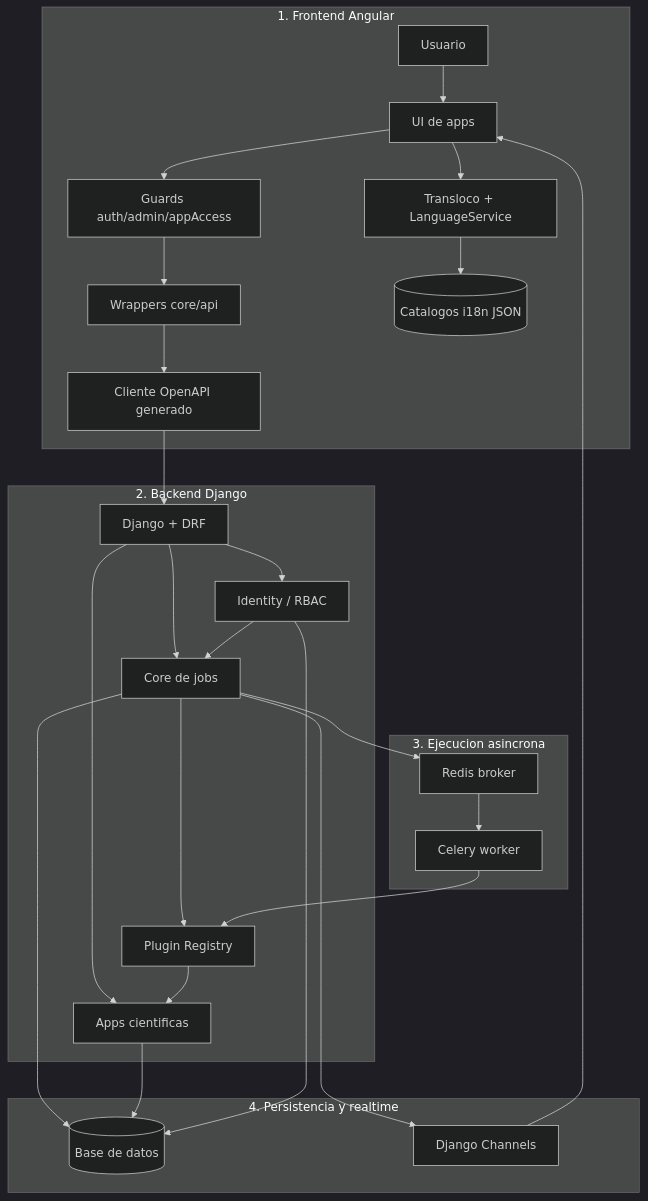
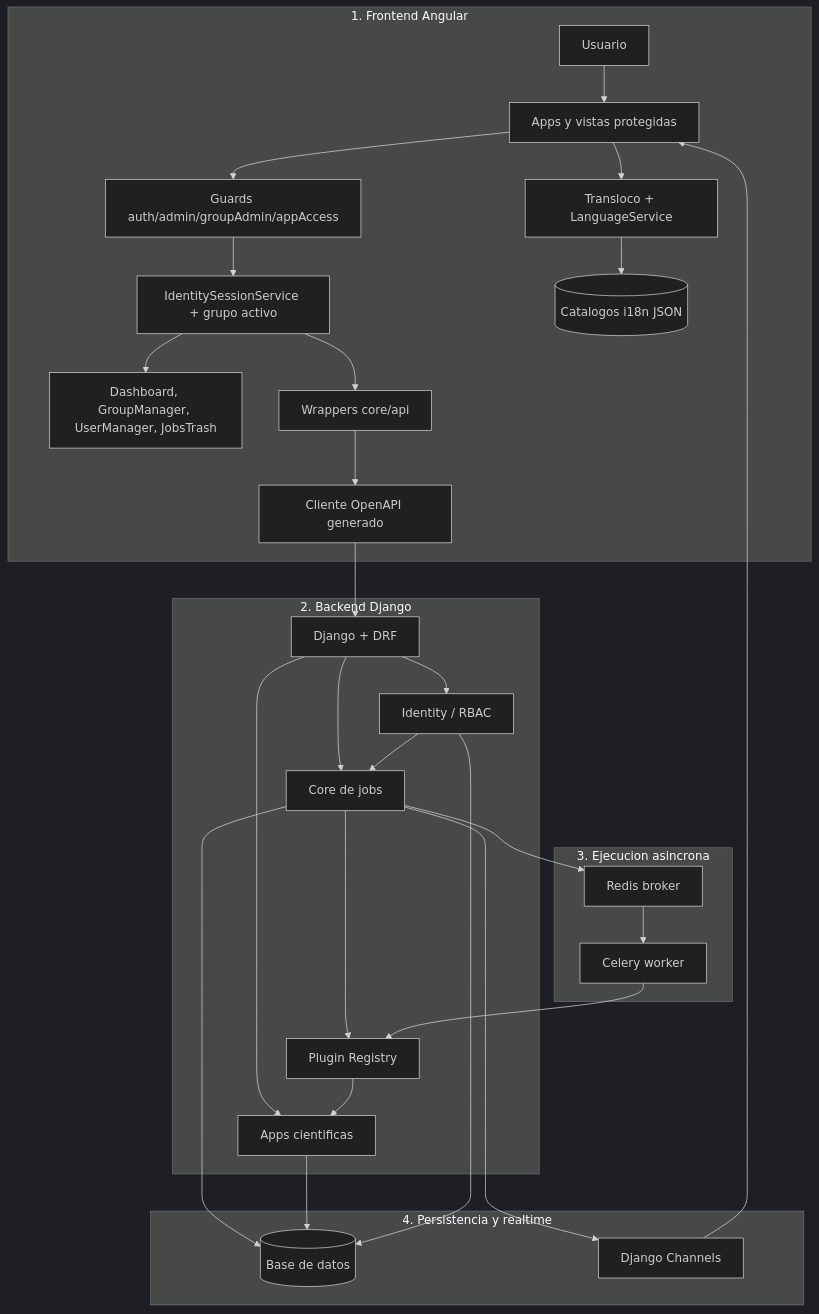
Before and after one commit to chem-gl/chemistry-apps: the first of 8 diagrams in README.md, drawn with Mermaid (dark theme). The commit also changed other lines of this file and 13 other files, not shown here.

````diff
--- a/README.md
+++ b/README.md
@@ -113,57 +115,61 @@
 ```mermaid
 flowchart TB
   U[Usuario]
 
   subgraph L1[1. Frontend Angular]
-    F[UI de apps]
-    AUTH[Guards auth/admin/appAccess]
+    F[Apps y vistas protegidas]
+    AUTH[Guards auth/admin/groupAdmin/appAccess]
+    SESSION[IdentitySessionService + grupo activo]
+    ADMINUI[Dashboard, GroupManager, UserManager, JobsTrash]
     WRAP[Wrappers core/api]
     GEN[Cliente OpenAPI generado]
     I18N[Transloco + LanguageService]
     LANG[(Catalogos i18n JSON)]
 
     U --> F
     F --> AUTH
-    AUTH --> WRAP
+    AUTH --> SESSION
+    SESSION --> ADMINUI
+    SESSION --> WRAP
     WRAP --> GEN
     F --> I18N
     I18N --> LANG
   end
 
   subgraph L2[2. Backend Django]
     API[Django + DRF]
     CORE[Core de jobs]
     ID[Identity / RBAC]
     APPS[Apps cientificas]
     REG[Plugin Registry]
 
     API --> CORE
     API --> ID
     API --> APPS
     CORE --> REG
     REG --> APPS
     ID --> CORE
   end
 
   subgraph L3[3. Ejecucion asincrona]
     REDIS[Redis broker]
     CELERY[Celery worker]
 
     CORE --> REDIS
     REDIS --> CELERY
     CELERY --> REG
   end
 
   subgraph L4[4. Persistencia y realtime]
     DB[(Base de datos)]
     CH[Django Channels]
 
     CORE --> DB
     APPS --> DB
     ID --> DB
     CORE --> CH
     CH --> F
   end
 
   GEN --> API
 ```
````
